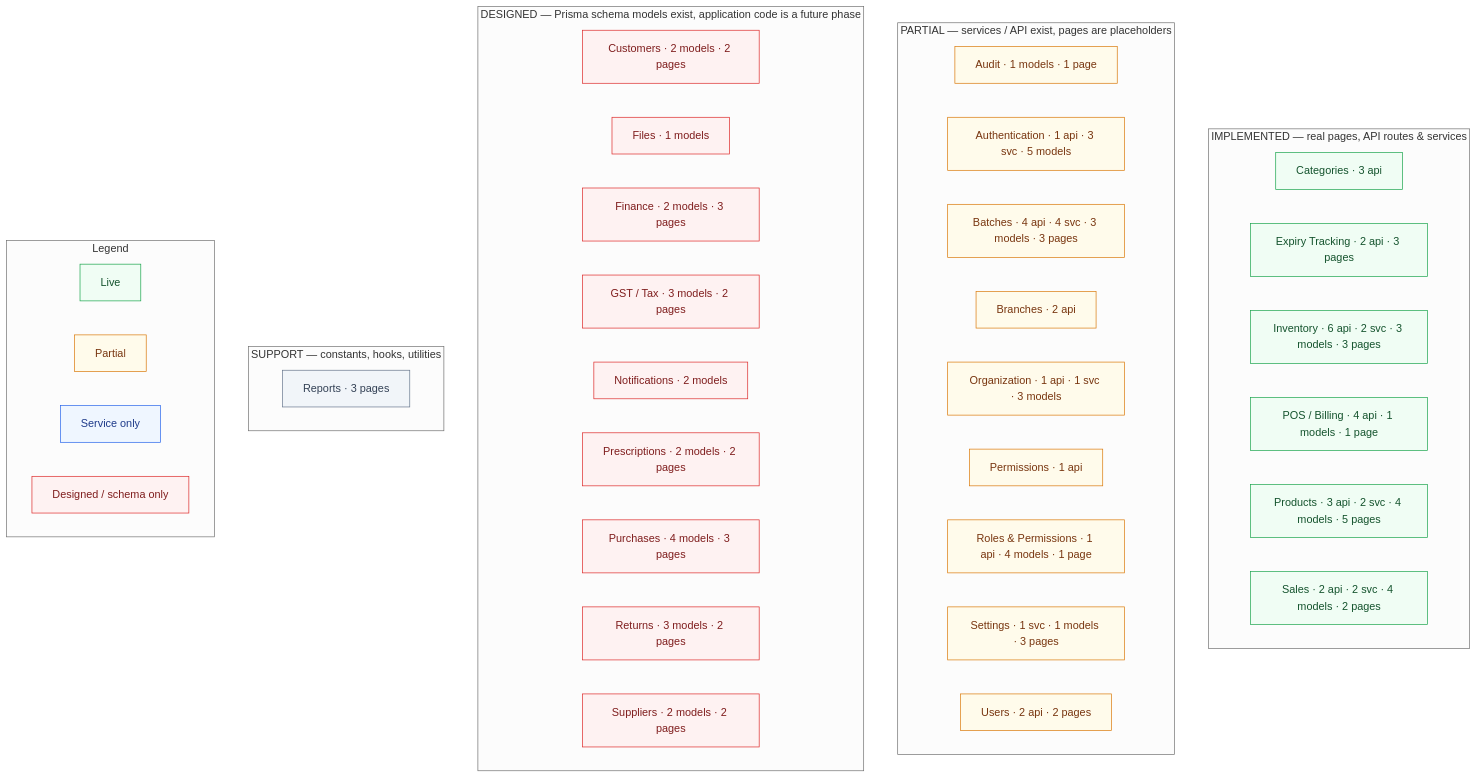
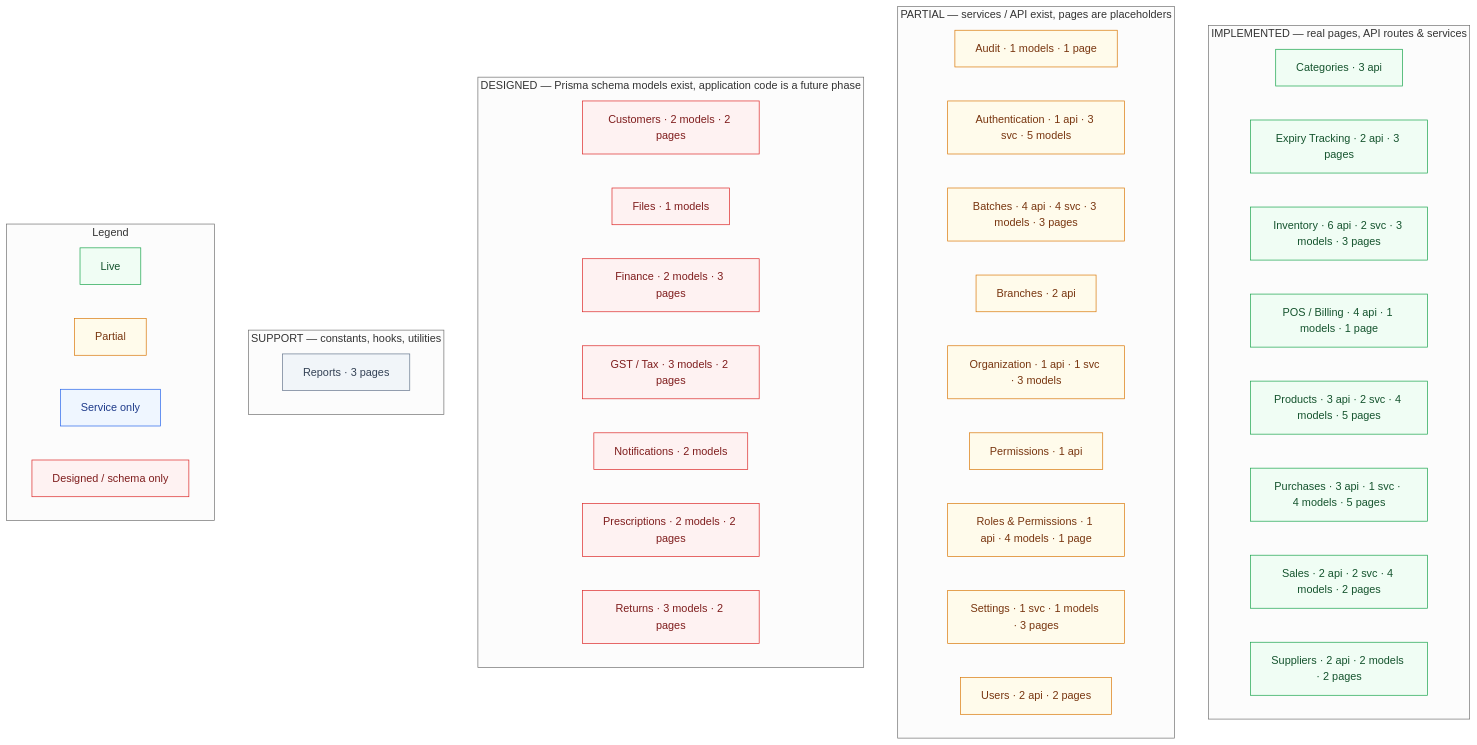
The diagram in documentation/graphify/graphs/module-map.md (sameerpashaaa/pharmacy-management-system), drawn with Mermaid (neutral theme) before and after one commit. The commit also changed 15 other files, not shown here.

````diff
--- a/documentation/graphify/graphs/module-map.md
+++ b/documentation/graphify/graphs/module-map.md
@@ -7,78 +7,78 @@
 ```mermaid
 flowchart TB
 classDef s_live fill:#f0fdf4,stroke:#16a34a,color:#14532d
 classDef s_partial fill:#fffbeb,stroke:#d97706,color:#78350f
 classDef s_service fill:#eff6ff,stroke:#2563eb,color:#1e3a8a
 classDef s_design fill:#fef2f2,stroke:#dc2626,color:#7f1d1d
 classDef s_misc fill:#f1f5f9,stroke:#64748b,color:#334155
 
 
 subgraph G_live_0["IMPLEMENTED — real pages, API routes & services"]
   mod_Categories["Categories · 3 api"]:::s_live
   mod_Expiry_Tracking["Expiry Tracking · 2 api · 3 pages"]:::s_live
   mod_Inventory["Inventory · 6 api · 2 svc · 3 models · 3 pages"]:::s_live
   mod_POS___Billing["POS / Billing · 4 api · 1 models · 1 page"]:::s_live
   mod_Products["Products · 3 api · 2 svc · 4 models · 5 pages"]:::s_live
+  mod_Purchases["Purchases · 3 api · 1 svc · 4 models · 5 pages"]:::s_live
   mod_Sales["Sales · 2 api · 2 svc · 4 models · 2 pages"]:::s_live
+  mod_Suppliers["Suppliers · 2 api · 2 models · 2 pages"]:::s_live
 end
 
 subgraph G_partial_1["PARTIAL — services / API exist, pages are placeholders"]
   mod_Audit["Audit · 1 models · 1 page"]:::s_partial
   mod_Authentication["Authentication · 1 api · 3 svc · 5 models"]:::s_partial
   mod_Batches["Batches · 4 api · 4 svc · 3 models · 3 pages"]:::s_partial
   mod_Branches["Branches · 2 api"]:::s_partial
   mod_Organization["Organization · 1 api · 1 svc · 3 models"]:::s_partial
   mod_Permissions["Permissions · 1 api"]:::s_partial
   mod_Roles___Permissions["Roles & Permissions · 1 api · 4 models · 1 page"]:::s_partial
   mod_Settings["Settings · 1 svc · 1 models · 3 pages"]:::s_partial
   mod_Users["Users · 2 api · 2 pages"]:::s_partial
 end
 
 subgraph G_design_2["DESIGNED — Prisma schema models exist, application code is a future phase"]
   mod_Customers["Customers · 2 models · 2 pages"]:::s_design
   mod_Files["Files · 1 models"]:::s_design
   mod_Finance["Finance · 2 models · 3 pages"]:::s_design
   mod_GST___Tax["GST / Tax · 3 models · 2 pages"]:::s_design
   mod_Notifications["Notifications · 2 models"]:::s_design
   mod_Prescriptions["Prescriptions · 2 models · 2 pages"]:::s_design
-  mod_Purchases["Purchases · 4 models · 3 pages"]:::s_design
   mod_Returns["Returns · 3 models · 2 pages"]:::s_design
-  mod_Suppliers["Suppliers · 2 models · 2 pages"]:::s_design
 end
 
 subgraph G_misc_3["SUPPORT — constants, hooks, utilities"]
   mod_Reports["Reports · 3 pages"]:::s_misc
 end
 class mod_Categories s_live
 class mod_Expiry_Tracking s_live
 class mod_Inventory s_live
 class mod_POS___Billing s_live
 class mod_Products s_live
+class mod_Purchases s_live
 class mod_Sales s_live
+class mod_Suppliers s_live
 class mod_Audit s_partial
 class mod_Authentication s_partial
 class mod_Batches s_partial
 class mod_Branches s_partial
 class mod_Organization s_partial
 class mod_Permissions s_partial
 class mod_Roles___Permissions s_partial
 class mod_Settings s_partial
 class mod_Users s_partial
 class mod_Customers s_design
 class mod_Files s_design
 class mod_Finance s_design
 class mod_GST___Tax s_design
 class mod_Notifications s_design
 class mod_Prescriptions s_design
-class mod_Purchases s_design
 class mod_Returns s_design
-class mod_Suppliers s_design
 class mod_Reports s_misc
 
 subgraph LEG["Legend"]
   Lv[Live]:::s_live
   Lp[Partial]:::s_partial
   Ls[Service only]:::s_service
   Ld[Designed / schema only]:::s_design
 end
 ```
````
